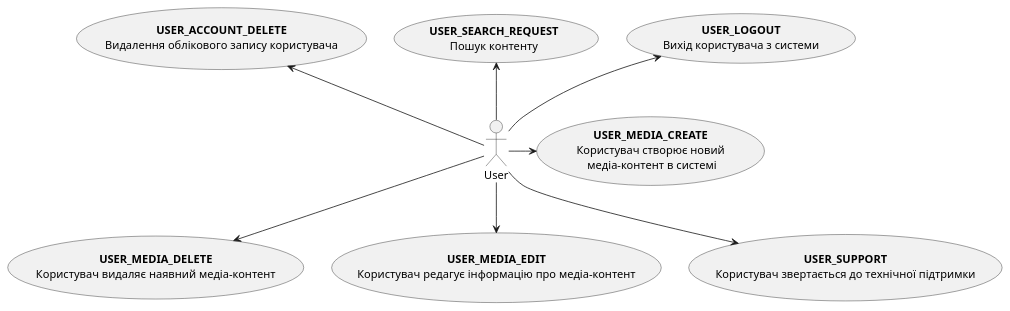
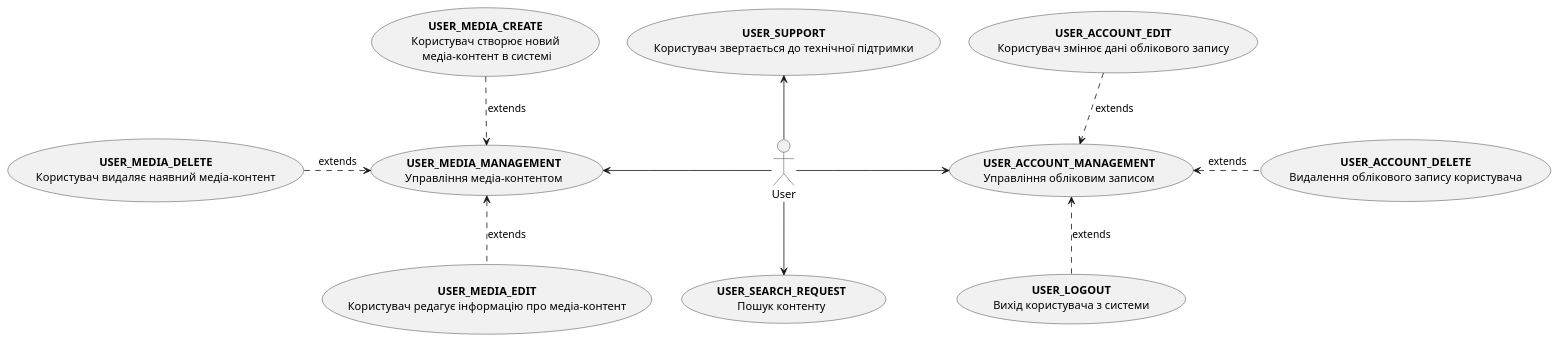
One commit to zhkcll/lab6 changed the third of 17 diagrams in docs/use_cases.md. Above: the diagram before and after it, drawn with PlantUML. The commit also changed other lines of this file, not shown here.

````diff
--- a/docs/use_cases.md
+++ b/docs/use_cases.md
@@ -68,23 +85,34 @@
 ```plantuml
 @startuml
 
     actor "User" as User
 
+    usecase "<b>USER_ACCOUNT_MANAGEMENT</b>\nУправління обліковим записом" as UC_0.1
+    usecase "<b>USER_MEDIA_MANAGEMENT</b>\nУправління медіа-контентом" as UC_0.2
+
     usecase "<b>USER_LOGOUT</b>\nВихід користувача з системи" as UC_3
     usecase "<b>USER_SEARCH_REQUEST</b>\nПошук контенту" as UC_4
     usecase "<b>USER_ACCOUNT_DELETE</b>\nВидалення облікового запису користувача" as UC_5
-    usecase "<b>USER_MEDIA_CREATE</b>\nКористувач створює новий\n медіа-контент в системі" as UC_6
+    usecase "<b>USER_MEDIA_CREATE</b>\nКористувач створює новий\n медіа-контент в системі" as UC_8
     usecase "<b>USER_MEDIA_DELETE</b>\nКористувач видаляє наявний медіа-контент" as UC_7
-    usecase "<b>USER_MEDIA_EDIT</b>\nКористувач редагує інформацію про медіа-контент" as UC_8
+    usecase "<b>USER_MEDIA_EDIT</b>\nКористувач редагує інформацію про медіа-контент" as UC_6
     usecase "<b>USER_SUPPORT</b>\nКористувач звертається до технічної підтримки" as UC_9
+    usecase "<b>USER_ACCOUNT_EDIT</b>\nКористувач змінює дані облікового запису" as UC_10
 
-    User -u-> UC_3
-    User -u-> UC_4
-    User -u-> UC_5
-    User -r-> UC_6
-    User -d-> UC_7
-    User -d-> UC_8
-    User -d-> UC_9
+    User -r-> UC_0.1
+    User -l-> UC_0.2
+    User -u-> UC_9
+    User -d-> UC_4
+
+    UC_3 .u.> UC_0.1 : extends
+    UC_5 .l.> UC_0.1 : extends
+    UC_10 .d.> UC_0.1 : extends
+
+
+    UC_6 .u.> UC_0.2 : extends
+    UC_7 .r.> UC_0.2 : extends
+    UC_8 .d.> UC_0.2 : extends
+
 
 @enduml
 ```
````
